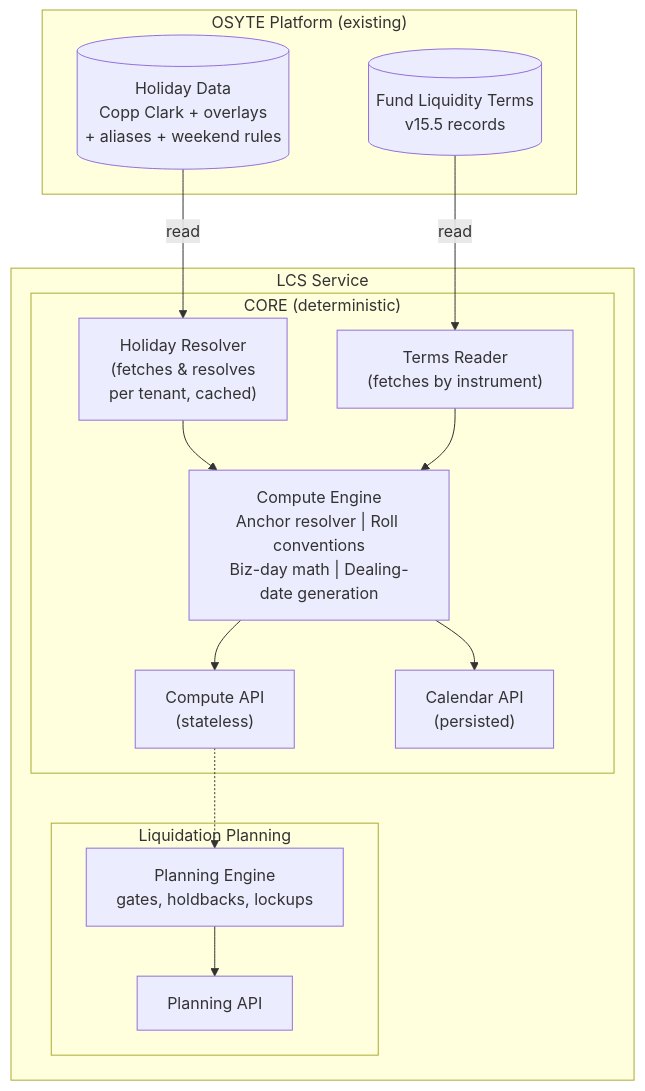
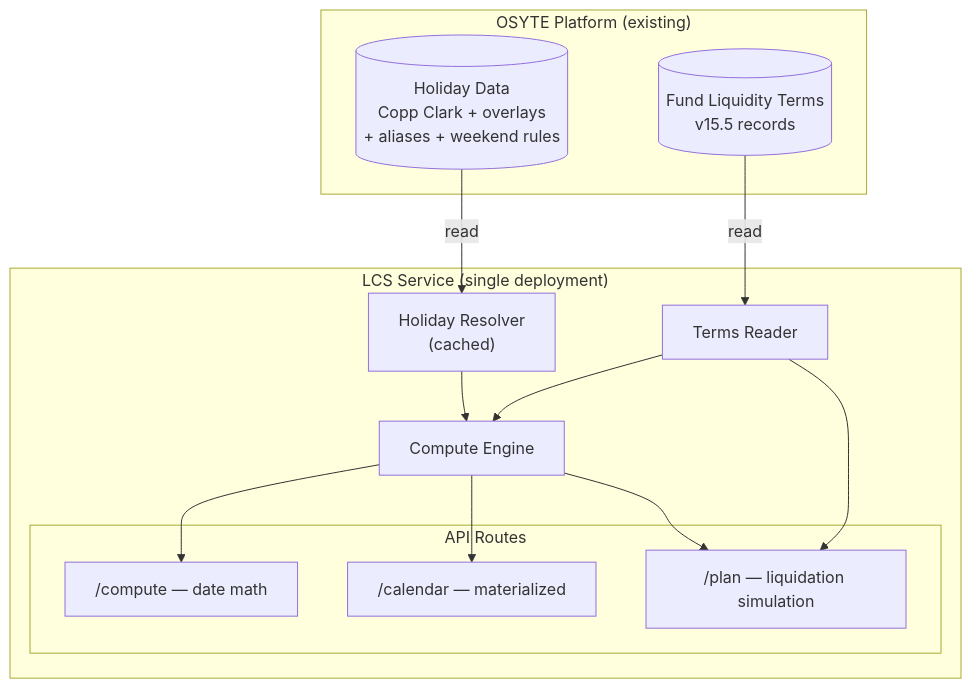
The first of 8 diagrams in lcs-main/docs/architecture.md (Ashu290905/OSYTE), drawn with Mermaid before and after one commit. The commit also changed other lines of this file, not shown here.

First line of the commit message:
Merge Compute + Planning into single service, fix Planning flow, add examples

````diff
--- a/lcs-main/docs/architecture.md
+++ b/lcs-main/docs/architecture.md
@@ -9,34 +9,29 @@
 ```mermaid
 graph TD
     subgraph OSYTE["OSYTE Platform (existing)"]
         HD[("Holiday Data<br/>Copp Clark + overlays<br/>+ aliases + weekend rules")]
         FT[("Fund Liquidity Terms<br/>v15.5 records")]
     end
 
-    subgraph LCS["LCS Service"]
-        subgraph CORE["CORE (deterministic)"]
-            HR["Holiday Resolver<br/>(fetches & resolves<br/>per tenant, cached)"]
-            TR["Terms Reader<br/>(fetches by instrument)"]
-            CE["Compute Engine<br/>Anchor resolver | Roll conventions<br/>Biz-day math | Dealing-date generation"]
-            CA["Compute API<br/>(stateless)"]
-            CLA["Calendar API<br/>(persisted)"]
+    subgraph LCS["LCS Service (single deployment)"]
+        HR["Holiday Resolver<br/>(cached)"]
+        TR["Terms Reader"]
+        CE["Compute Engine"]
 
-            HR --> CE
-            TR --> CE
-            CE --> CA
-            CE --> CLA
+        subgraph ROUTES["API Routes"]
+            CA["/compute — date math"]
+            CLA["/calendar — materialized"]
+            PA["/plan — liquidation simulation"]
         end
 
-        subgraph OPT["Liquidation Planning"]
-            PE["Planning Engine<br/>gates, holdbacks, lockups"]
-            PA["Planning API"]
-            PE --> PA
-        end
-
-        CA -.-> PE
+        HR --> CE
+        TR --> CE
+        CE --> CA
+        CE --> CLA
+        TR --> PA
+        CE --> PA
     end
 
     HD -->|read| HR
     FT -->|read| TR
-
 ```
````
